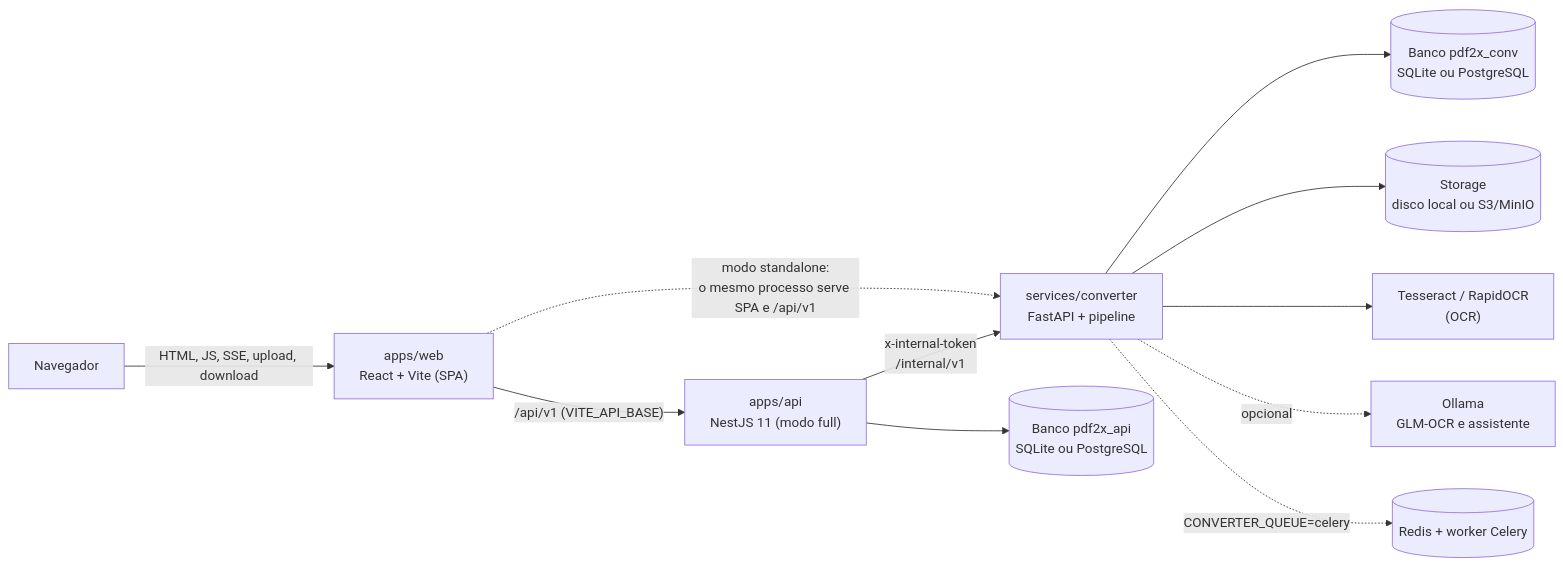
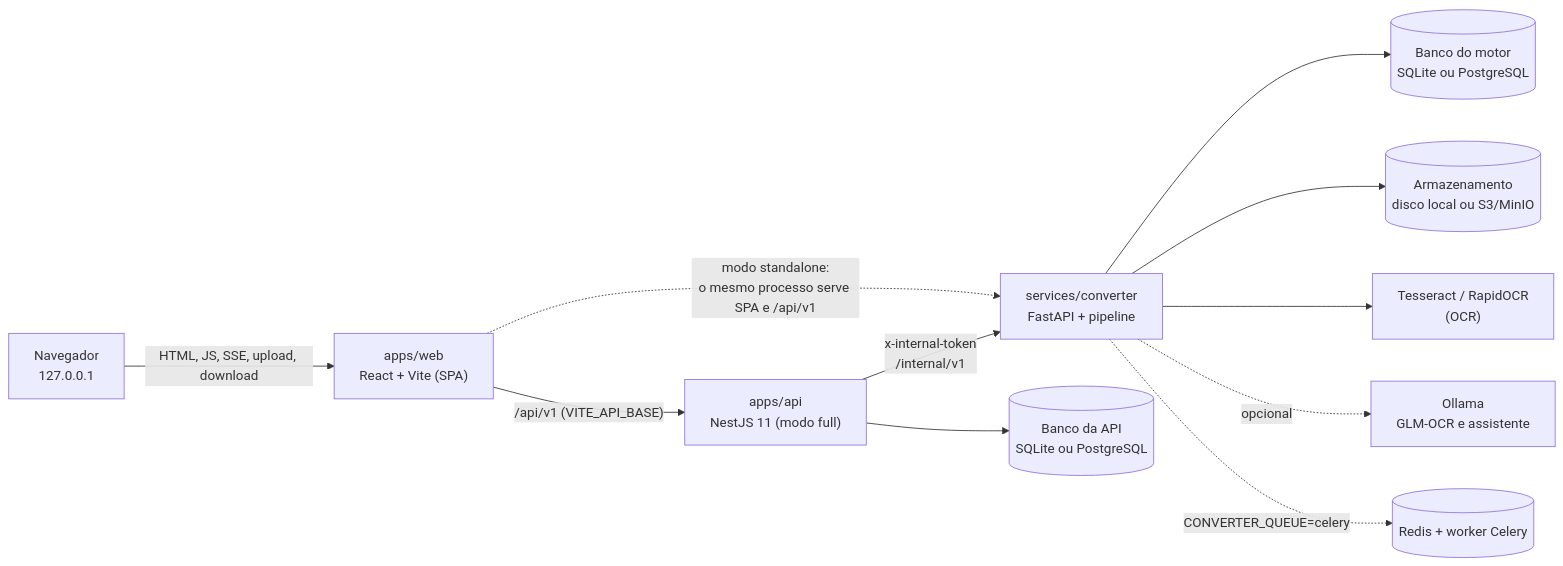
Before and after one commit to vit-gusmao/Conversor-Generator: the second of 2 diagrams in README.md, drawn with Mermaid. The commit also changed other lines of this file and 171 other files, not shown here.

````diff
--- a/README.md
+++ b/README.md
@@ -94,13 +231,13 @@
 ```mermaid
 flowchart LR
-    Browser["Navegador"] -->|"HTML, JS, SSE, upload, download"| Web["apps/web<br/>React + Vite (SPA)"]
+    Browser["Navegador<br/>127.0.0.1"] -->|"HTML, JS, SSE, upload, download"| Web["apps/web<br/>React + Vite (SPA)"]
     Web -->|"/api/v1 (VITE_API_BASE)"| API["apps/api<br/>NestJS 11 (modo full)"]
     API -->|"x-internal-token<br/>/internal/v1"| Conv["services/converter<br/>FastAPI + pipeline"]
     Web -.->|"modo standalone:<br/>o mesmo processo serve SPA e /api/v1"| Conv
-    API --> DBA[("Banco pdf2x_api<br/>SQLite ou PostgreSQL")]
-    Conv --> DBC[("Banco pdf2x_conv<br/>SQLite ou PostgreSQL")]
-    Conv --> Store[("Storage<br/>disco local ou S3/MinIO")]
+    API --> DBA[("Banco da API<br/>SQLite ou PostgreSQL")]
+    Conv --> DBC[("Banco do motor<br/>SQLite ou PostgreSQL")]
+    Conv --> Store[("Armazenamento<br/>disco local ou S3/MinIO")]
     Conv --> Tess["Tesseract / RapidOCR<br/>(OCR)"]
     Conv -.->|"opcional"| Ollama["Ollama<br/>GLM-OCR e assistente"]
     Conv -.->|"CONVERTER_QUEUE=celery"| Redis[("Redis + worker Celery")]
 ```
````
